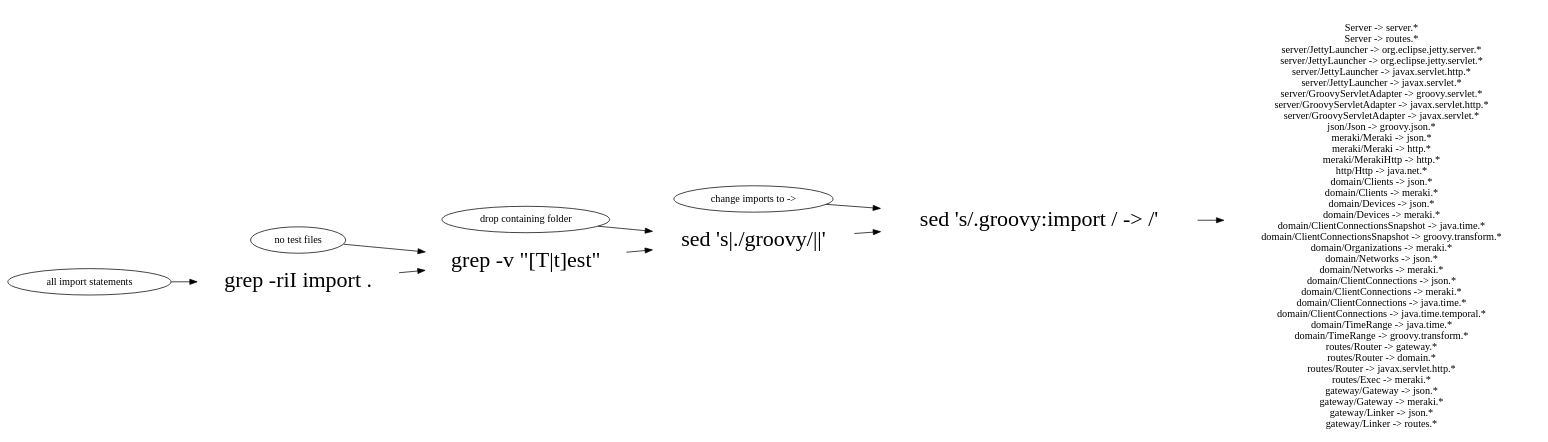
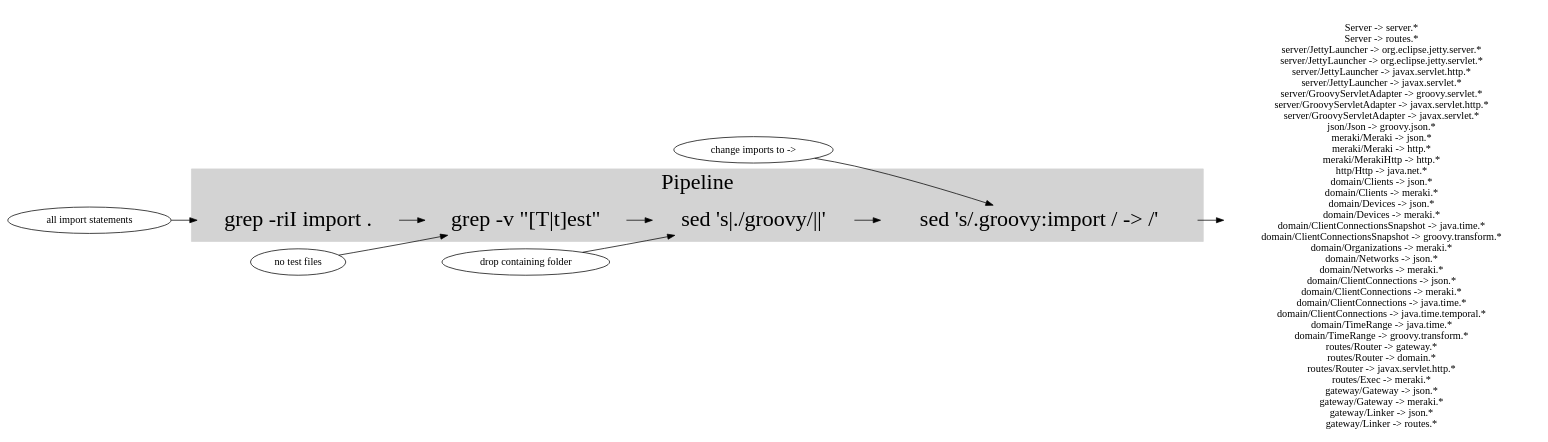
One commit to curtcox/practical-graphviz changed the diagram in pipeline.dot. Above: the diagram before and after it, drawn with Graphviz. The commit also changed 30 other files, not shown here.

```diff
--- a/pipeline.dot
+++ b/pipeline.dot
@@ -1,62 +1,68 @@
 digraph G {
 rankdir=LR
 #grep -riI import . | grep -v "[T|t]est"  | sed 's|./groovy/||' | sed 's/.groovy:import / -> /'
+subgraph cluster_1 {
+label="Pipeline"
+fontsize=30
+style=filled
+color=lightgray
 imports -> no_tests -> no_folder -> arrow
+}
 
 imports  [fontsize=30 shape=none
 label="grep -riI import ."
 URL="https://explainshell.com/explain?cmd=grep+-riI+import+."]
 no_tests [fontsize=30 shape=none label="grep -v \"[T|t]est\""]
 no_folder[fontsize=30 shape=none label="sed 's|./groovy/||'"
 URL="https://explainshell.com/explain?cmd=sed+%27s%7C.%2Fgroovy%2F%7C%7C%27"]
 arrow    [fontsize=30 shape=none label="sed 's/.groovy:import / -> /'"]
 
 "all import statements"  -> imports
 "no test files"          -> no_tests
 "drop containing folder" -> no_folder
 "change imports to ->"   -> arrow
 
 arrow -> all_imports
 
 all_imports [
 shape=none
 label="
 Server -> server.*
 Server -> routes.*
 server/JettyLauncher -> org.eclipse.jetty.server.*
 server/JettyLauncher -> org.eclipse.jetty.servlet.*
 server/JettyLauncher -> javax.servlet.http.*
 server/JettyLauncher -> javax.servlet.*
 server/GroovyServletAdapter -> groovy.servlet.*
 server/GroovyServletAdapter -> javax.servlet.http.*
 server/GroovyServletAdapter -> javax.servlet.*
 json/Json -> groovy.json.*
 meraki/Meraki -> json.*
 meraki/Meraki -> http.*
 meraki/MerakiHttp -> http.*
 http/Http -> java.net.*
 domain/Clients -> json.*
 domain/Clients -> meraki.*
 domain/Devices -> json.*
 domain/Devices -> meraki.*
 domain/ClientConnectionsSnapshot -> java.time.*
 domain/ClientConnectionsSnapshot -> groovy.transform.*
 domain/Organizations -> meraki.*
 domain/Networks -> json.*
 domain/Networks -> meraki.*
 domain/ClientConnections -> json.*
 domain/ClientConnections -> meraki.*
 domain/ClientConnections -> java.time.*
 domain/ClientConnections -> java.time.temporal.*
 domain/TimeRange -> java.time.*
 domain/TimeRange -> groovy.transform.*
 routes/Router -> gateway.*
 routes/Router -> domain.*
 routes/Router -> javax.servlet.http.*
 routes/Exec -> meraki.*
 gateway/Gateway -> json.*
 gateway/Gateway -> meraki.*
 gateway/Linker -> json.*
 gateway/Linker -> routes.*
 "]
 }
```
